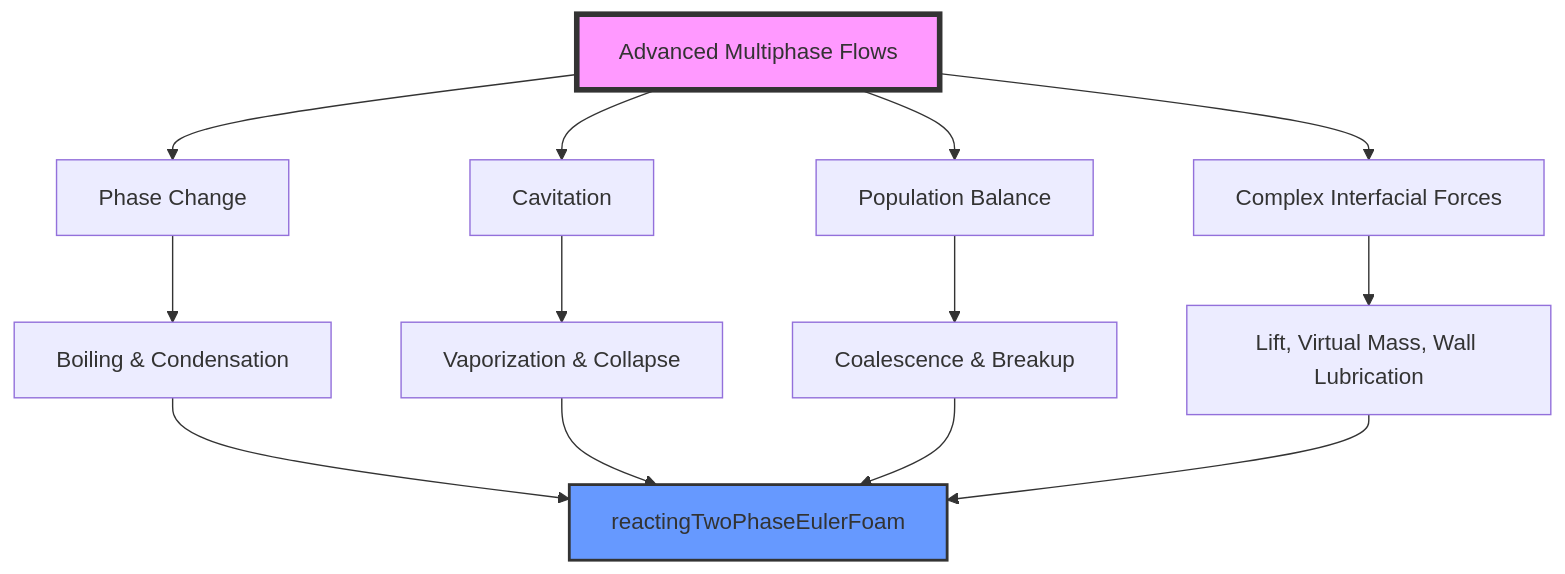
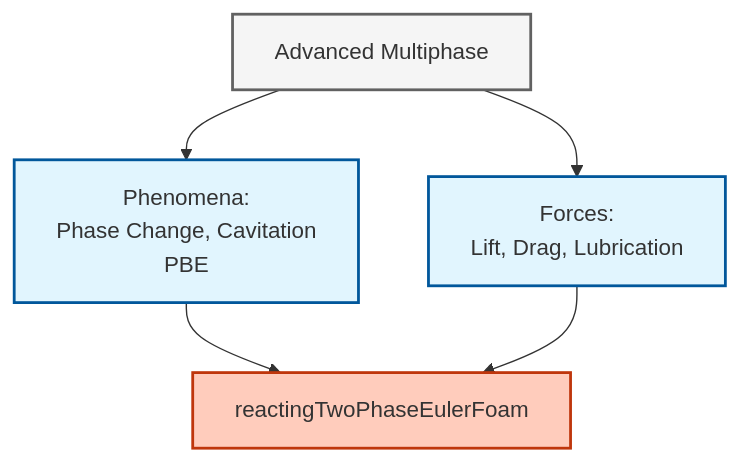
The diagram in MODULE_06_ADVANCED_PHYSICS/CONTENT/01_ADVANCED_MULTIPHASE_FLOWS/00_Overview.md (wramet/build-my-cfd), drawn with Mermaid before and after one commit. The commit also changed 313 other files, not shown here.

Commit message:
Revise all diagram

````diff
--- a/MODULE_06_ADVANCED_PHYSICS/CONTENT/01_ADVANCED_MULTIPHASE_FLOWS/00_Overview.md
+++ b/MODULE_06_ADVANCED_PHYSICS/CONTENT/01_ADVANCED_MULTIPHASE_FLOWS/00_Overview.md
@@ -9,20 +9,15 @@
 ```mermaid
 graph TD
-    A[Advanced Multiphase Flows] --> B[Phase Change]
-    A --> C[Cavitation]
-    A --> D[Population Balance]
-    A --> E[Complex Interfacial Forces]
+classDef implicit fill:#e1f5fe,stroke:#01579b,stroke-width:2px
+classDef explicit fill:#ffccbc,stroke:#bf360c,stroke-width:2px
+classDef context fill:#f5f5f5,stroke:#616161,stroke-width:2px
+Root["Advanced Multiphase"]:::context
+Phenom["Phenomena:<br/>Phase Change, Cavitation<br/>PBE"]:::implicit
+Forces["Forces:<br/>Lift, Drag, Lubrication"]:::implicit
+Solver["reactingTwoPhaseEulerFoam"]:::explicit
 
-    B --> B1[Boiling & Condensation]
-    C --> C1[Vaporization & Collapse]
-    D --> D1[Coalescence & Breakup]
-    E --> E1[Lift, Virtual Mass, Wall Lubrication]
-
-    B1 --> F[reactingTwoPhaseEulerFoam]
-    C1 --> F
-    D1 --> F
-    E1 --> F
-
-    style A fill:#f9f,stroke:#333,stroke-width:4px
-    style F fill:#69f,stroke:#333,stroke-width:2px
+Root --> Phenom
+Root --> Forces
+Phenom --> Solver
+Forces --> Solver
 ```
````
